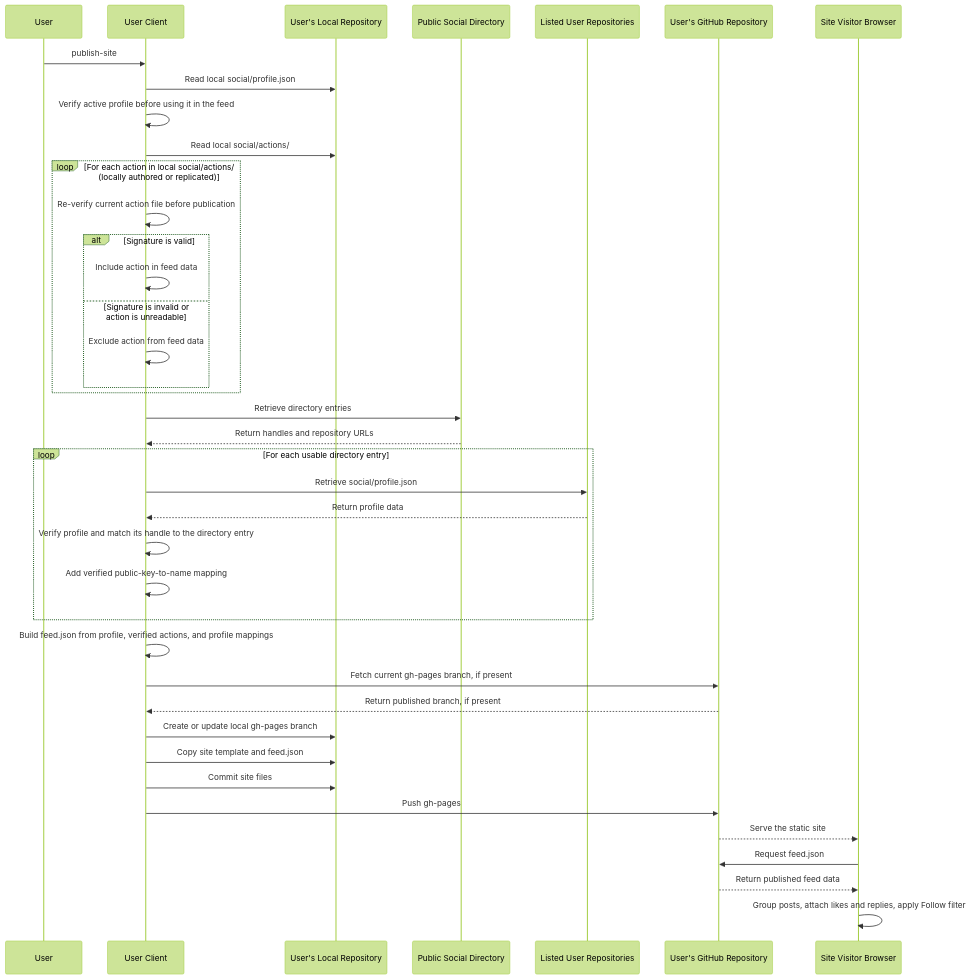
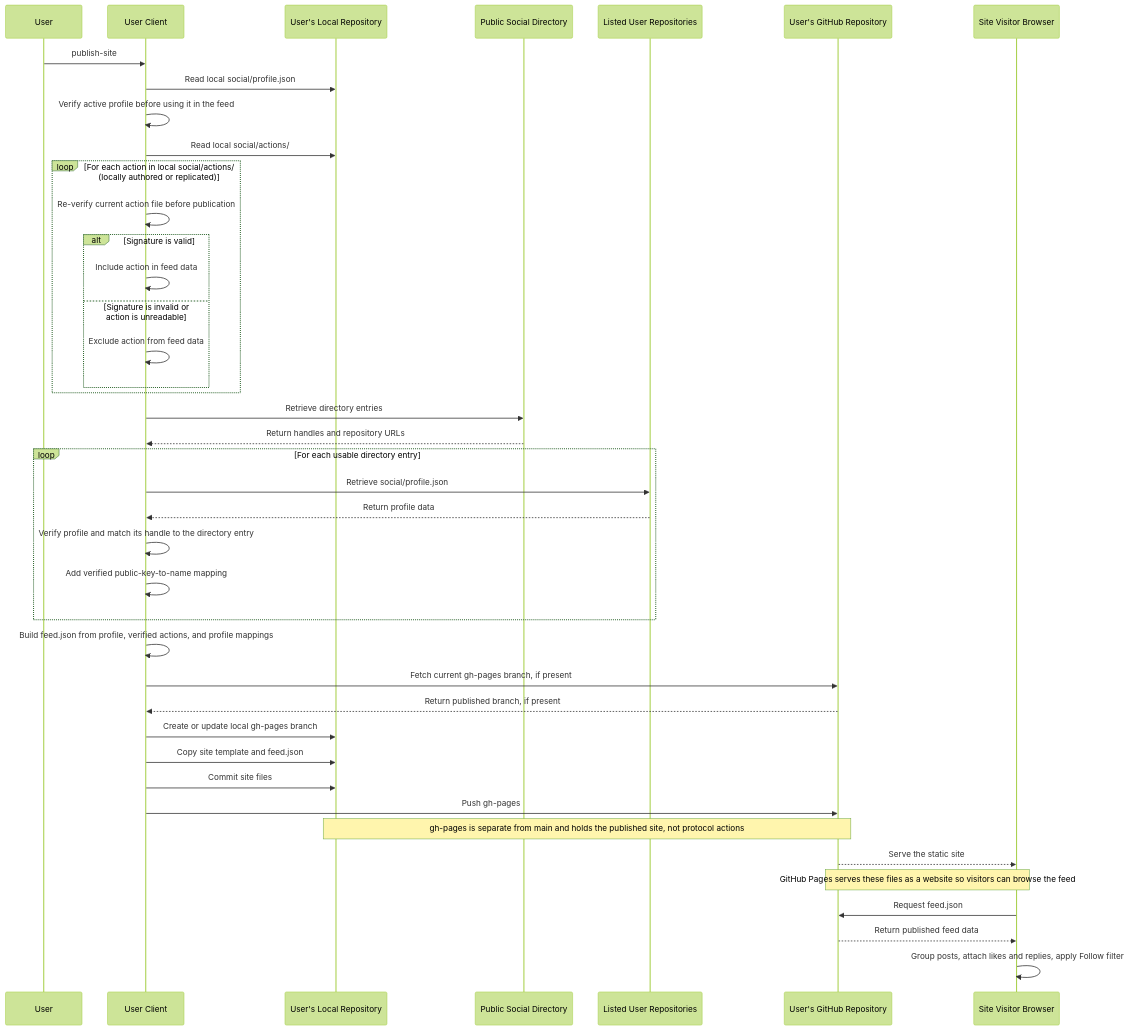
The seventh of 7 diagrams in latest_design.md (gargster/ELEC4712_Decentralised_Blog), drawn with Mermaid (forest theme) before and after one commit. The commit also changed 1 other file, not shown here.

Commit message:
update feed diagram

````diff
--- a/latest_design.md
+++ b/latest_design.md
@@ -252,46 +252,48 @@
 ```mermaid
 sequenceDiagram
     participant User
     participant Client as User Client
     participant Local as User's Local Repository
     participant Directory as Public Social Directory
     participant Profiles as Listed User Repositories
     participant GitHub as User's GitHub Repository
     participant Browser as Site Visitor Browser
 
     User->>Client: publish-site
     Client->>Local: Read local social/profile.json
     Client->>Client: Verify active profile before using it in the feed
     Client->>Local: Read local social/actions/
 
     loop For each action in local social/actions/ (locally authored or replicated)
         Client->>Client: Re-verify current action file before publication
         alt Signature is valid
             Client->>Client: Include action in feed data
         else Signature is invalid or action is unreadable
             Client->>Client: Exclude action from feed data
         end
     end
 
     Client->>Directory: Retrieve directory entries
     Directory-->>Client: Return handles and repository URLs
 
     loop For each usable directory entry
         Client->>Profiles: Retrieve social/profile.json
         Profiles-->>Client: Return profile data
         Client->>Client: Verify profile and match its handle to the directory entry
         Client->>Client: Add verified public-key-to-name mapping
     end
 
     Client->>Client: Build feed.json from profile, verified actions, and profile mappings
     Client->>GitHub: Fetch current gh-pages branch, if present
     GitHub-->>Client: Return published branch, if present
     Client->>Local: Create or update local gh-pages branch
     Client->>Local: Copy site template and feed.json
     Client->>Local: Commit site files
     Client->>GitHub: Push gh-pages
+    Note over Local,GitHub: gh-pages is separate from main and holds the published site, not protocol actions
     GitHub-->>Browser: Serve the static site
+    Note over GitHub,Browser: GitHub Pages serves these files as a website so visitors can browse the feed
     Browser->>GitHub: Request feed.json
     GitHub-->>Browser: Return published feed data
     Browser->>Browser: Group posts, attach likes and replies, apply Follow filter
 ```
````
